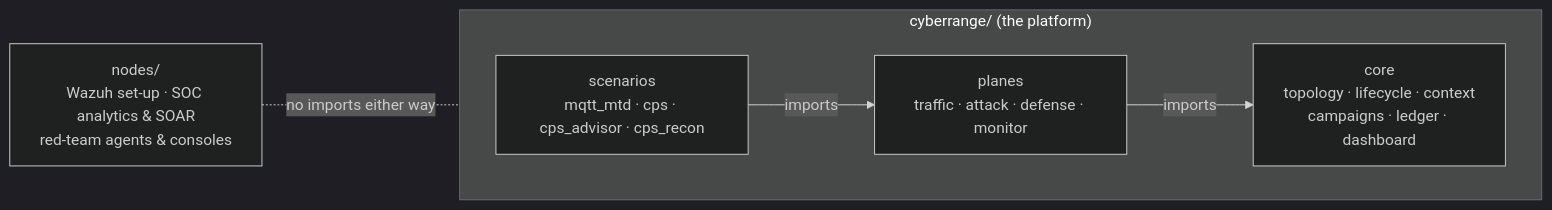
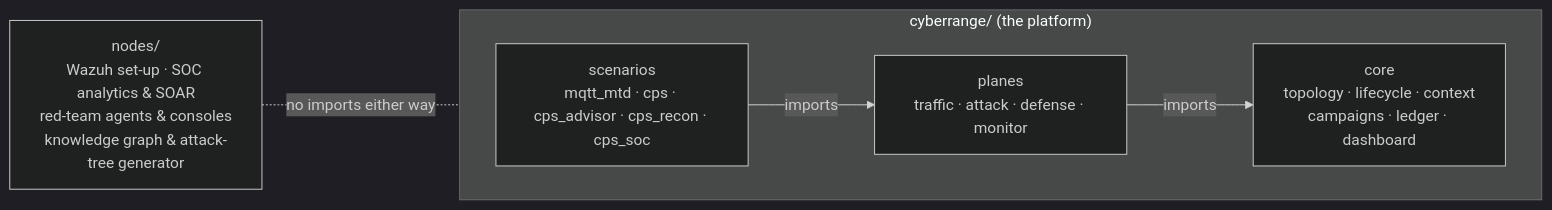
Before and after one commit to tcaiazzi/smart-grid-mtd: the diagram in docs/index.md, drawn with Mermaid (dark theme). The commit also changed other lines of this file and 18 other files, not shown here.

````diff
--- a/docs/index.md
+++ b/docs/index.md
@@ -29,13 +31,13 @@
 ```mermaid
 flowchart LR
   subgraph cyberrange["cyberrange/ (the platform)"]
     direction LR
     core["core<br/>topology · lifecycle · context<br/>campaigns · ledger · dashboard"]
     planes["planes<br/>traffic · attack · defense · monitor"]
-    scenarios["scenarios<br/>mqtt_mtd · cps · cps_advisor · cps_recon"]
+    scenarios["scenarios<br/>mqtt_mtd · cps · cps_advisor · cps_recon · cps_soc"]
     scenarios -->|imports| planes
     planes -->|imports| core
   end
-  nodes["nodes/<br/>Wazuh set-up · SOC analytics &amp; SOAR<br/>red-team agents &amp; consoles"]
+  nodes["nodes/<br/>Wazuh set-up · SOC analytics &amp; SOAR<br/>red-team agents &amp; consoles<br/>knowledge graph &amp; attack-tree generator"]
   nodes -. "no imports either way" .- cyberrange
 ```
````
